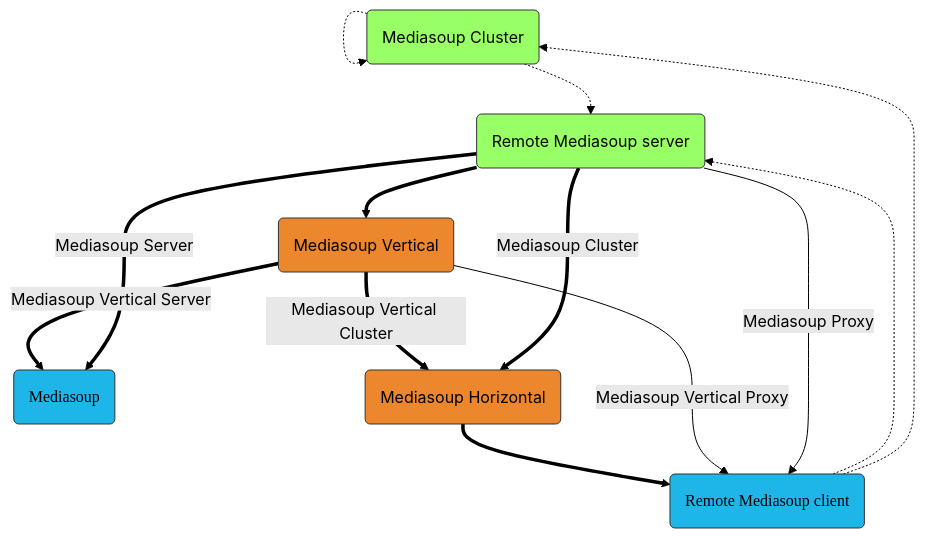
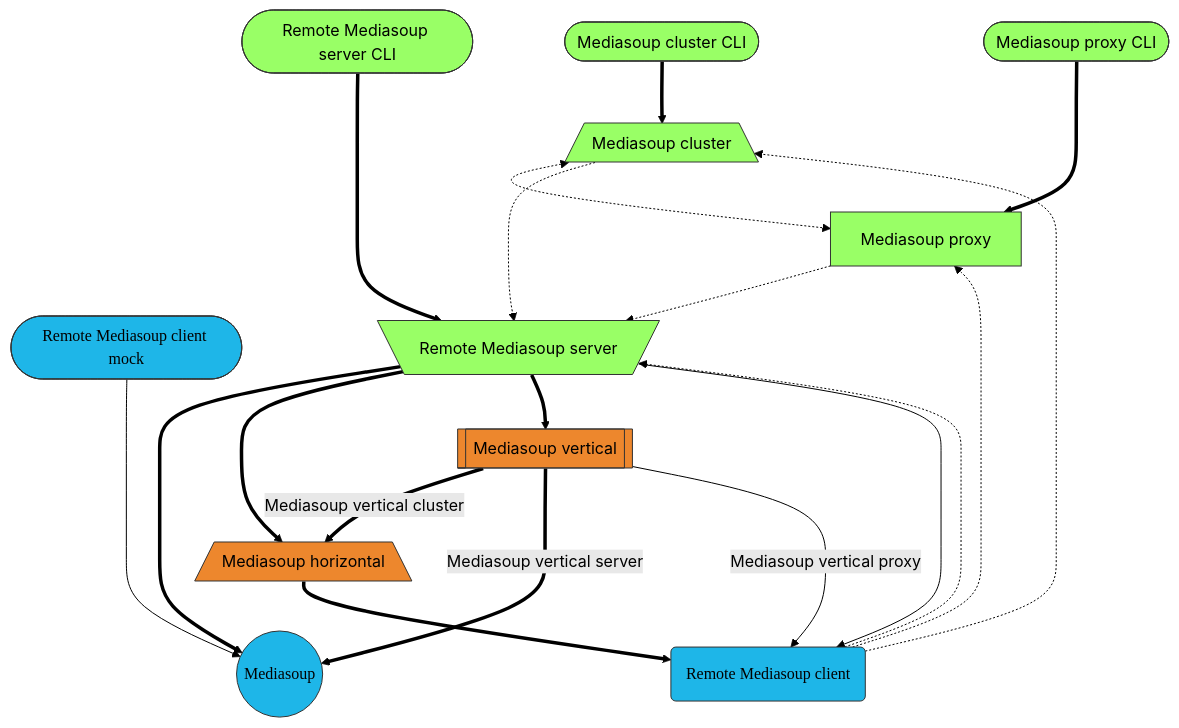
One commit to Mafalda-SFU/Mafalda-SFU.github.io changed the diagram in docs/_pages/projects.md. Above: the diagram before and after it, drawn with Mermaid (forest theme).

Commit message:
Update projects diagram

````diff
--- a/docs/_pages/projects.md
+++ b/docs/_pages/projects.md
@@ -10,41 +10,69 @@
 ```mermaid
 graph TD
-  mediasoup(Mediasoup)
-  mediasoupCluster(Mediasoup Cluster)
-  mediasoupHorizontal(Mediasoup Horizontal)
-  mediasoupVertical(Mediasoup Vertical)
+  mediasoup((Mediasoup))
+  mediasoupCluster[/Mediasoup cluster\]
+  mediasoupClusterCLI([Mediasoup cluster CLI])
+  mediasoupProxy[Mediasoup proxy]
+  mediasoupProxyCLI([Mediasoup proxy CLI])
+  mediasoupHorizontal[/Mediasoup horizontal\]
+  mediasoupVertical[[Mediasoup vertical]]
   remoteMediasoupClient(Remote Mediasoup client)
-  remoteMediasoupServer(Remote Mediasoup server)
+  remoteMediasoupClientMock([Remote Mediasoup client mock])
+  remoteMediasoupServer[\Remote Mediasoup server/]
+  remoteMediasoupServerCLI([Remote Mediasoup server CLI])
 
-  mediasoupCluster -.-> mediasoupCluster
+
+  mediasoupCluster <-.-> mediasoupProxy
+
+  %% mediasoupCluster -.-> mediasoupCluster
   mediasoupCluster -.-> remoteMediasoupServer
+
+  %% mediasoupProxy -.-> mediasoupProxy
+  mediasoupProxy -.-> remoteMediasoupServer
+
+  mediasoupClusterCLI ==> mediasoupCluster
+
+  mediasoupProxyCLI ===> mediasoupProxy
 
   mediasoupHorizontal ==> remoteMediasoupClient
 
-  mediasoupVertical ==Mediasoup Vertical Server ==> mediasoup
-  mediasoupVertical ==Mediasoup Vertical Cluster==> mediasoupHorizontal
-  mediasoupVertical --Mediasoup Vertical Proxy  --> remoteMediasoupClient
+  mediasoupVertical ==Mediasoup vertical cluster==>  mediasoupHorizontal
+  mediasoupVertical ==Mediasoup vertical server ===> mediasoup
+  mediasoupVertical --Mediasoup vertical proxy  -->  remoteMediasoupClient
 
+  remoteMediasoupClient -.-> mediasoupCluster
+  remoteMediasoupClient -.-> mediasoupProxy
   remoteMediasoupClient -.-> remoteMediasoupServer
-  remoteMediasoupClient -.-> mediasoupCluster
 
-  remoteMediasoupServer ==Mediasoup Server ==> mediasoup
-  remoteMediasoupServer ==Mediasoup Cluster==> mediasoupHorizontal
-  remoteMediasoupServer                    ==> mediasoupVertical
-  remoteMediasoupServer --Mediasoup Proxy  --> remoteMediasoupClient
+  remoteMediasoupClientMock ----> mediasoup
+
+  remoteMediasoupServer ==> mediasoup
+  remoteMediasoupServer ==> mediasoupHorizontal
+  remoteMediasoupServer ==> mediasoupVertical
+  remoteMediasoupServer --> remoteMediasoupClient
+
+  remoteMediasoupServerCLI ====> remoteMediasoupServer
+
 
   classDef mafaldaApi         fill:#ED872D,stroke:#333
   classDef mediasoupAPI       fill:#1eb6e8,stroke:#333,font-family:PoiretOne
   classDef remoteMediasoupAPI fill:#9f6,stroke:#333
 
-  class mediasoup,remoteMediasoupClient mediasoupAPI
+  class mediasoup,remoteMediasoupClient,remoteMediasoupClientMock mediasoupAPI
   class mediasoupHorizontal,mediasoupVertical mafaldaApi
-  class mediasoupCluster,remoteMediasoupServer remoteMediasoupAPI
+  class mediasoupCluster,mediasoupClusterCLI remoteMediasoupAPI
+  class mediasoupProxy,mediasoupProxyCLI remoteMediasoupAPI
+  class remoteMediasoupServer,remoteMediasoupServerCLI remoteMediasoupAPI
 
   click mediasoup "https://mediasoup.org/"
   click mediasoupCluster "/Mediasoup-cluster"
+  click mediasoupClusterCLI "/Mediasoup-cluster-CLI"
+  click mediasoupProxy "/Mediasoup-proxy"
+  click mediasoupProxyCLI "/Mediasoup-proxy-CLI"
   click mediasoupHorizontal "/Mediasoup-horizontal"
   click mediasoupVertical "/Mediasoup-vertical"
   click remoteMediasoupClient "/Remote-Mediasoup-client"
+  click remoteMediasoupClientMock "/Remote-Mediasoup-client-mock"
   click remoteMediasoupServer "/Remote-Mediasoup-server"
+  click remoteMediasoupServerCLI "/Remote-Mediasoup-server-CLI"
 ```
````
